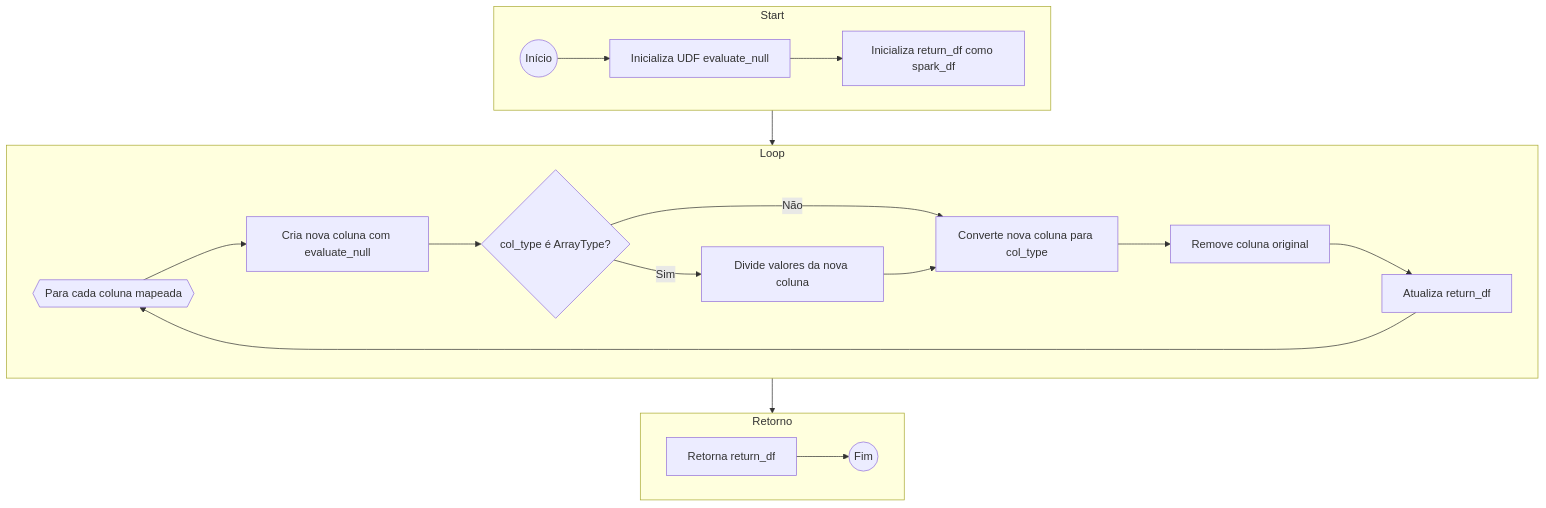
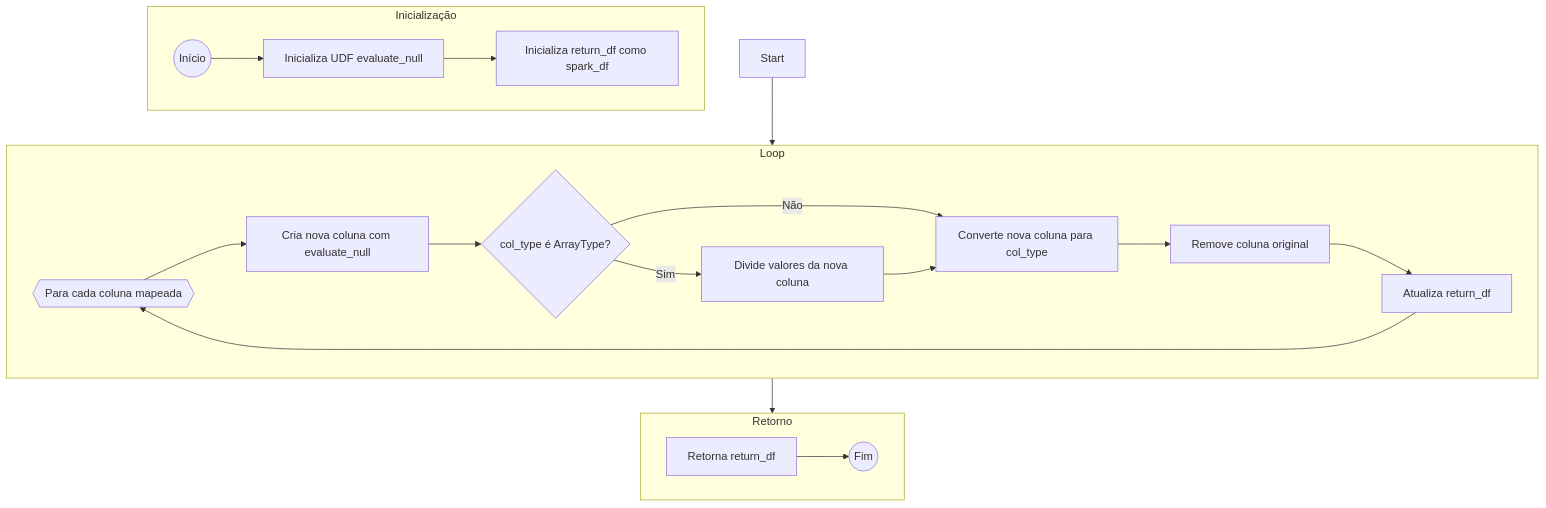
The third of 3 diagrams in Sprint 8/Desafios/README.md (GustavCampos/Programa-de-bolsas-Compasso), drawn with Mermaid before and after one commit. The commit also changed other lines of this file and 1 other file, not shown here.

Commit message:
Documentation Update: Started createTrustedDataLocal flow

````diff
--- a/Sprint 8/Desafios/README.md
+++ b/Sprint 8/Desafios/README.md
@@ -40,44 +139,44 @@
 ```mermaid
 flowchart TD
-    subgraph Start
+    subgraph Inicialização
         direction LR
 
         start((Início))
         i_evaluate_null[Inicializa UDF evaluate_null]
         i_return_df[Inicializa return_df como spark_df]
 
         start --> i_evaluate_null
         i_evaluate_null --> i_return_df
     end
 
     subgraph Loop
         column_loop{{Para cada coluna mapeada}}
         col_is_array{col_type é ArrayType?}
         evaluate_null[Cria nova coluna com evaluate_null]
         explode_values[Divide valores da nova coluna]
         cast_type[Converte nova coluna para col_type]
         drop_col[Remove coluna original]
         update_return[Atualiza return_df]
 
         column_loop --> evaluate_null
         evaluate_null --> col_is_array
         col_is_array -->|Sim| explode_values
         col_is_array -->|Não| cast_type
         explode_values --> cast_type
         cast_type --> drop_col
         drop_col --> update_return
         update_return --> column_loop
     end
 
     subgraph Retorno
         direction LR
 
         return[Retorna return_df]
         flow_end((Fim))
 
         return --> flow_end
     end
 
     Start --> Loop
     Loop --> Retorno
 ```
````
